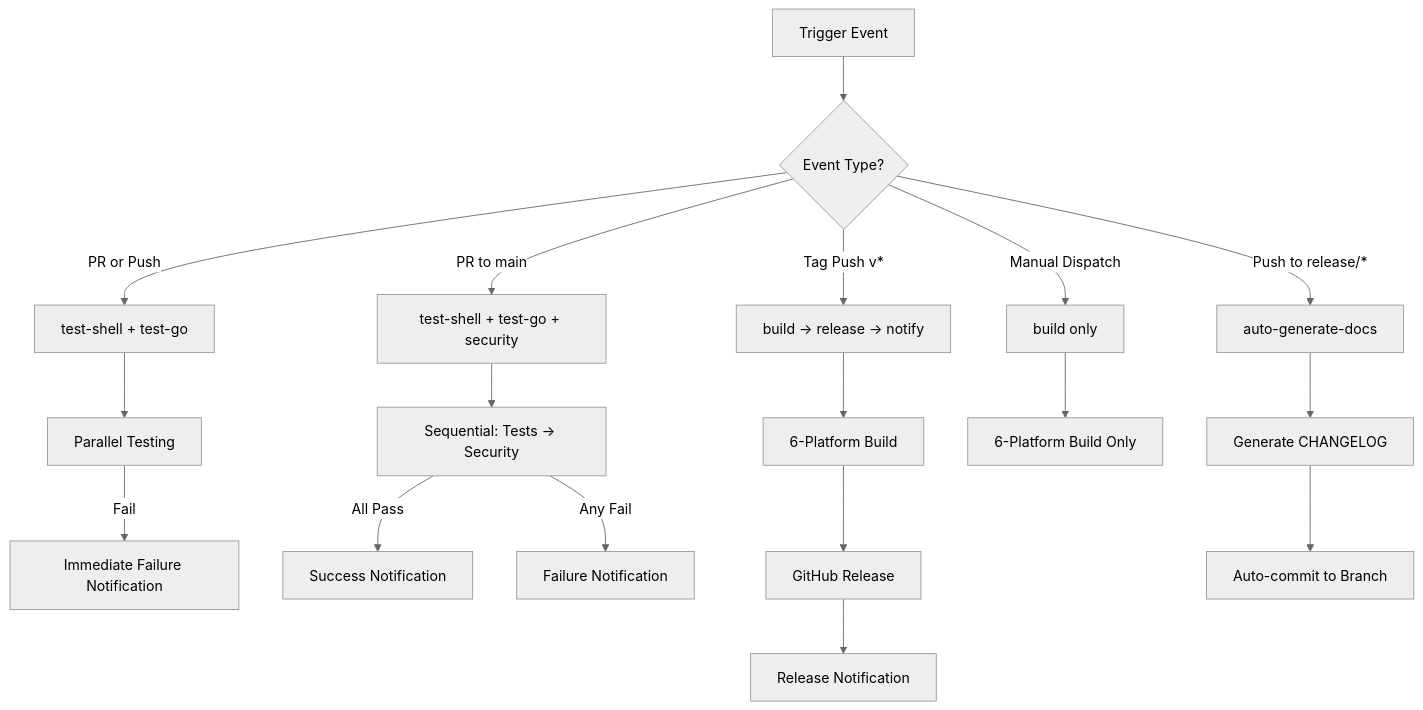
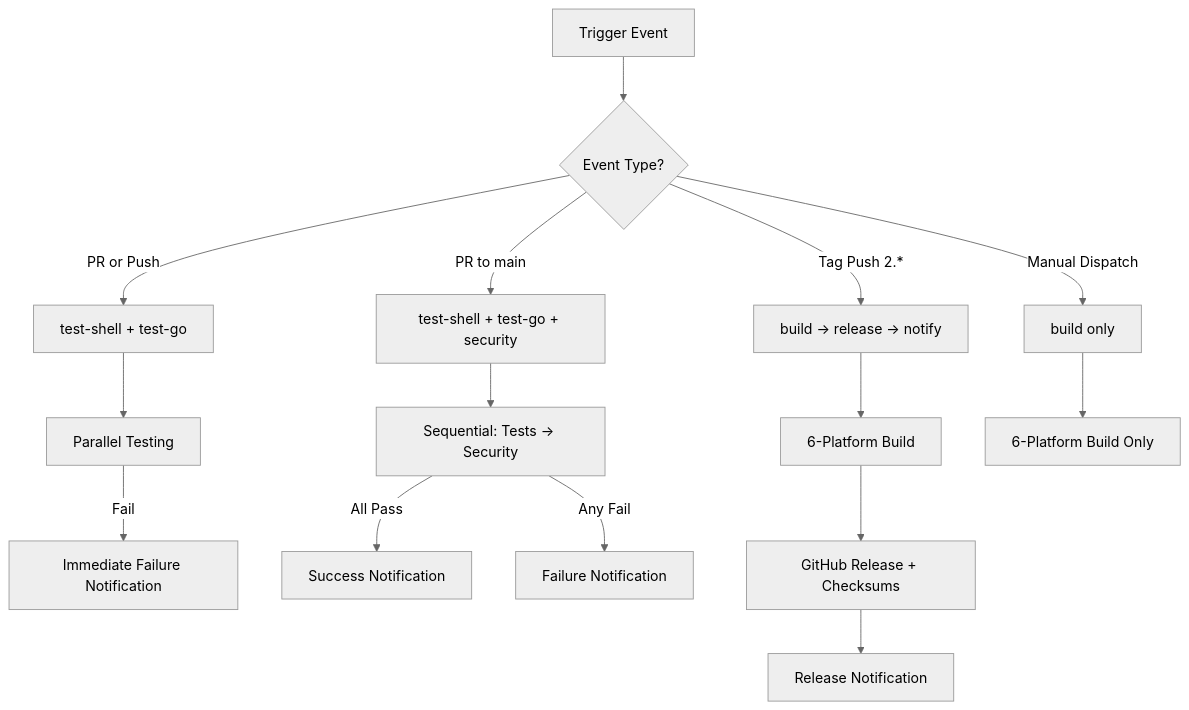
The diagram in docs/CI_CD_PIPELINE.md (zsoftly/ztiaws), drawn with Mermaid (neutral theme) before and after one commit. The commit also changed other lines of this file and 6 other files, not shown here.

Commit message:
Remove auto-generate workflow, simplify release process

````diff
--- a/docs/CI_CD_PIPELINE.md
+++ b/docs/CI_CD_PIPELINE.md
@@ -69,26 +69,22 @@
 ```mermaid
 graph TD
     A[Trigger Event] --> B{Event Type?}
 
     B -->|PR or Push| C[test-shell + test-go]
     B -->|PR to main| D[test-shell + test-go + security]
-    B -->|Tag Push v*| E[build → release → notify]
+    B -->|Tag Push 2.*| E[build → release → notify]
     B -->|Manual Dispatch| F[build only]
-    B -->|Push to release/*| G[auto-generate-docs]
 
     C --> H[Parallel Testing]
     D --> I[Sequential: Tests → Security]
 
     H -->|Fail| J[Immediate Failure Notification]
     I -->|All Pass| K[Success Notification]
     I -->|Any Fail| L[Failure Notification]
 
     E --> M[6-Platform Build]
-    M --> N[GitHub Release]
+    M --> N[GitHub Release + Checksums]
     N --> O[Release Notification]
 
     F --> P[6-Platform Build Only]
-
-    G --> Q[Generate CHANGELOG]
-    Q --> R[Auto-commit to Branch]
 ```
````
